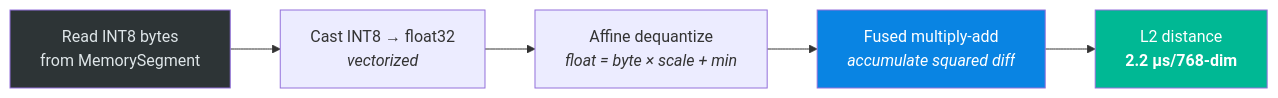
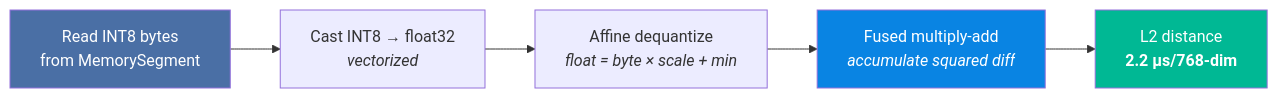
One commit to spectrayan/spector changed the first of 2 diagrams in docs/docs/memory/performance.md. Above: the diagram before and after it, drawn with Mermaid. The commit also changed 120 other files, not shown here.

````diff
--- a/docs/docs/memory/performance.md
+++ b/docs/docs/memory/performance.md
@@ -45,11 +45,11 @@
 ```mermaid
 flowchart LR
     READ["Read INT8 bytes<br/>from MemorySegment"] --> CAST["Cast INT8 → float32<br/><i>vectorized</i>"]
     CAST --> DEQUANT["Affine dequantize<br/><i>float = byte × scale + min</i>"]
     DEQUANT --> L2["Fused multiply-add<br/><i>accumulate squared diff</i>"]
     L2 --> RESULT["L2 distance<br/><b>2.2 µs/768-dim</b>"]
 
-    style READ fill:#2d3436,color:#dfe6e9
+    style READ fill:#4a6fa5,color:white
     style L2 fill:#0984e3,color:white
     style RESULT fill:#00b894,color:white
 ```
````
